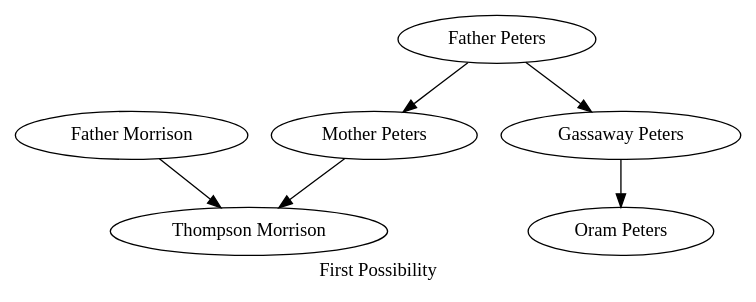
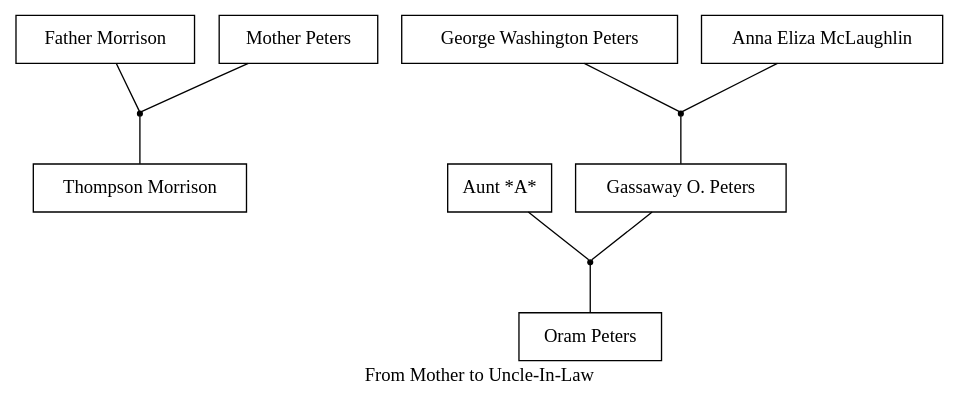
Before and after one commit to djha-skin/geneology-notes: the diagram in OramPeters/orampeters.dot, drawn with Graphviz. The commit also changed 1 other file, not shown here.

Commit message:
Add some preliminary notes on the case of Oram Peters

```diff
--- a/OramPeters/orampeters.dot
+++ b/OramPeters/orampeters.dot
@@ -1,17 +1,26 @@
 
 
-digraph FirstPossibility {
-    label="First Possibility";
+graph FromMotherToUncleInLaw {
+    label="From Mother to Uncle-In-Law";
+    node [shape=box];
     Self [label="Thompson Morrison"];
     Father [label="Father Morrison"];
     Mother [label="Mother Peters"];
-    UncleInLaw [label="Gassaway Peters"];
+    Parents [shape=point];
+    Father -- Parents;
+    Mother -- Parents;
+    Parents -- Self;
+    UncleInLaw [label="Gassaway O. Peters"];
     Cousin [label="Oram Peters"];
-    Grandfather [label="Father Peters"];
-    Father -> Self;
-    Mother -> Self;
-    Grandfather -> Mother;
-    Grandfather -> UncleInLaw;
-    UncleInLaw -> Cousin;
-
+    Grandfather [label="George Washington Peters"];
+    Grandmother [label="Anna Eliza McLaughlin"];
+    Grandparents [shape=point];
+    Grandfather -- Grandparents;
+    Grandmother -- Grandparents;
+    Grandparents -- UncleInLaw;
+    CousinParents [shape=point];
+    UncleInLaw -- CousinParents;
+    Aunt [label="Aunt *A*"];
+    Aunt -- CousinParents;
+    CousinParents -- Cousin;
 }
```
